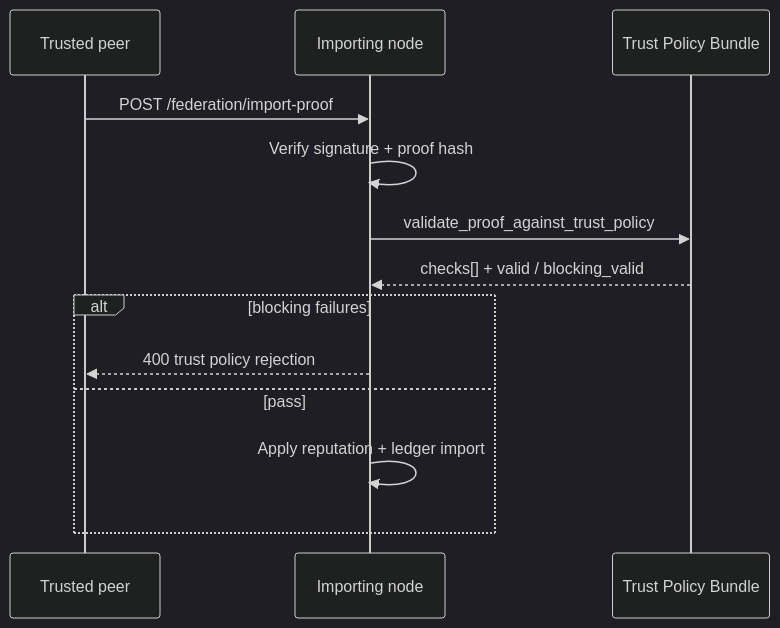
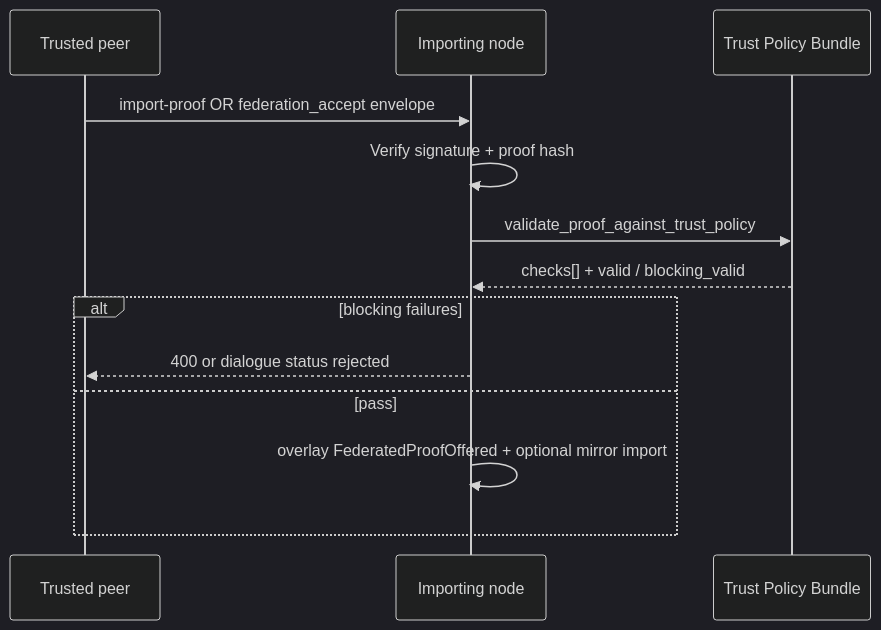
One commit to PoCP-Labs/pocp-ai-commons changed the diagram in docs/protocol/TRUST-POLICY-BUNDLE.md. Above: the diagram before and after it, drawn with Mermaid (dark theme). The commit also changed other lines of this file and 3 other files, not shown here.

Commit message:
feat(studio): EDP v0.1 audit + v0.2 quote/federation_accept docs (handoff 4a56a689)

````diff
--- a/docs/protocol/TRUST-POLICY-BUNDLE.md
+++ b/docs/protocol/TRUST-POLICY-BUNDLE.md
@@ -68,16 +70,16 @@
 ```mermaid
 sequenceDiagram
   participant Peer as Trusted peer
   participant Importer as Importing node
   participant Bundle as Trust Policy Bundle
 
-  Peer->>Importer: POST /federation/import-proof
+  Peer->>Importer: import-proof OR federation_accept envelope
   Importer->>Importer: Verify signature + proof hash
   Importer->>Bundle: validate_proof_against_trust_policy
   Bundle-->>Importer: checks[] + valid / blocking_valid
   alt blocking failures
-    Importer-->>Peer: 400 trust policy rejection
+    Importer-->>Peer: 400 or dialogue status rejected
   else pass
-    Importer->>Importer: Apply reputation + ledger import
+    Importer->>Importer: overlay FederatedProofOffered + optional mirror import
   end
 ```
````
